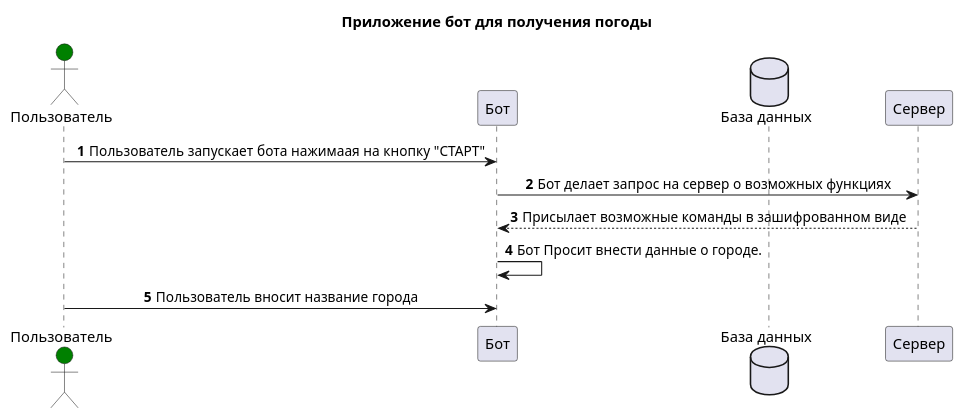
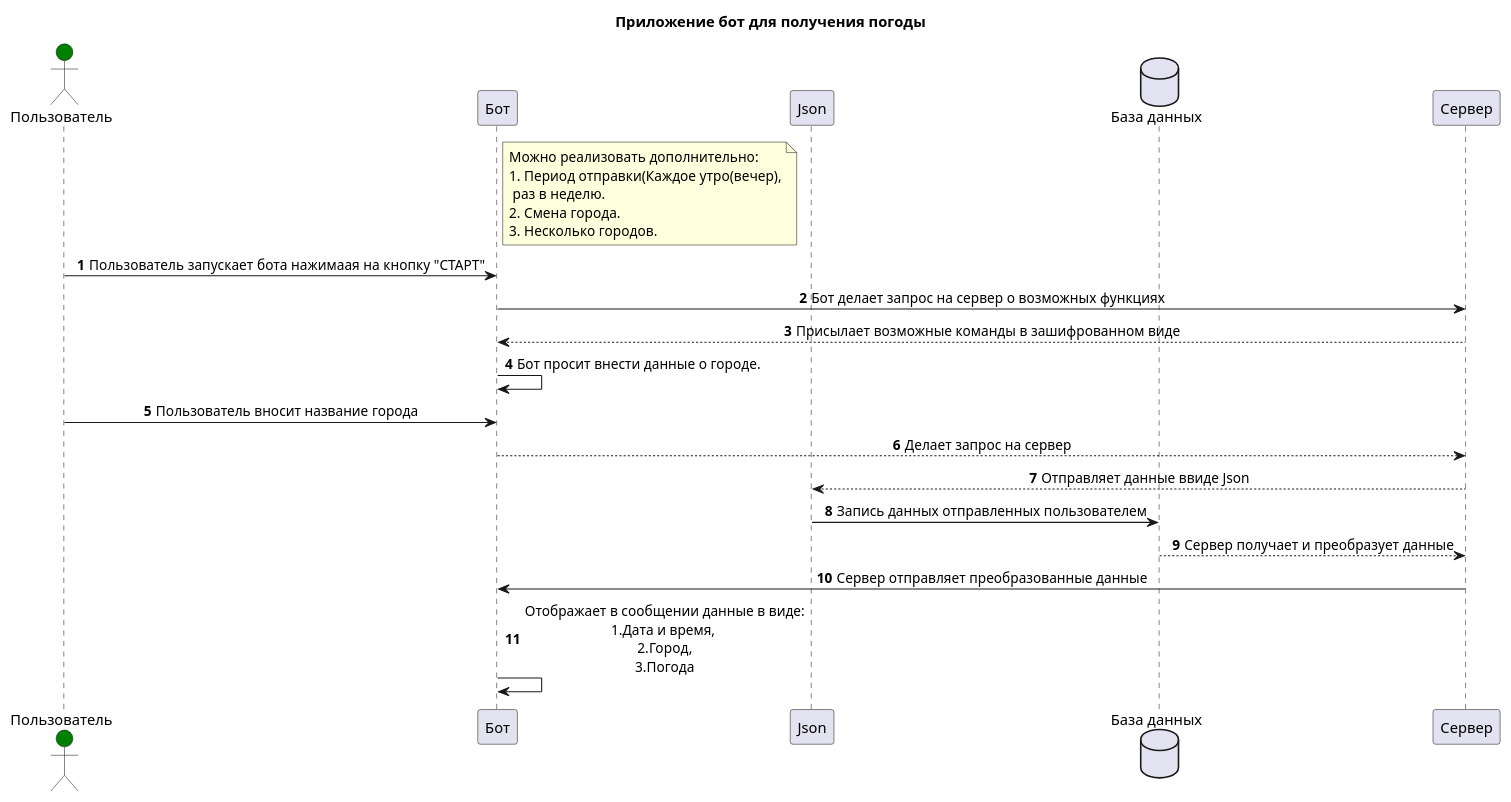
One commit to pilligrim28/Bot_For_Teacher changed the first of 2 diagrams in src/Bot_teacher.puml. Above: the diagram before and after it, drawn with PlantUML. The commit also changed other lines of this file and 3 other files, not shown here.

```diff
--- a/src/Bot_teacher.puml
+++ b/src/Bot_teacher.puml
@@ -1,32 +1,50 @@
 @startuml
 skinparam{
     Maxessagesize 150
 }
 skinparam sequence{
     ParticipantPadding 30
     MessageAlign center
 }
 Actor "Пользователь" as User  #green
 participant "Бот" as Bot
 database "База данных" as db order 8
 participant "Сервер" as Server order 10
+
+
+note right of Bot
+  Можно реализовать дополнительно:
+  1. Период отправки(Каждое утро(вечер),
+   раз в неделю.
+  2. Смена города.
+  3. Несколько городов.
+end note
+
+
 /' participant "Клиентское приложение для водителей" as Driver order 30 #5f5 '/
 
 /'queue "WebSocket" as br order 20'/
 autonumber
 skinparam{
     Maxessagesize 200
 }
 skinparam sequence{
     ParticipantPadding 30
     MessageAlign center
 }
 title "Приложение бот для получения погоды"
 User -> Bot :Пользователь запускает бота нажимаая на кнопку "СТАРТ"
 Bot -> Server: Бот делает запрос на сервер о возможных функциях
 Server --> Bot: Присылает возможные команды в зашифрованном виде
-Bot ->Bot: Бот Просит внести данные о городе.
+Bot ->Bot: Бот просит внести данные о городе.
 User-> Bot: Пользователь вносит название города
+Bot--> Server: Делает запрос на сервер
+Server --> Json: Отправляет данные ввиде Json
+Json -> db: Запись данных отправленных пользователем
+db--> Server: Сервер получает и преобразует данные
+Server -> Bot: Сервер отправляет преобразованные данные
+Bot->Bot: Отображает в сообщении данные в виде:\n1.Дата и время, \n2.Город,\n3.Погода
+
 
 
 @enduml
```
